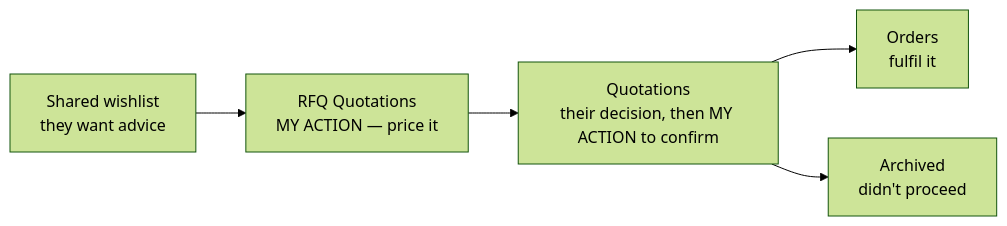
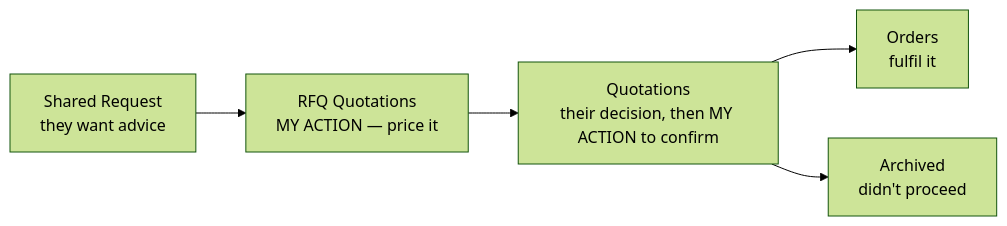
The fourth of 4 diagrams in docs/b2b_ecommerce_docs/_user_guide/014-The-Order-Lifecycle.md (LaplaceSoftware/lp_projects_docs), drawn with Mermaid (forest theme) before and after one commit. The commit also changed other lines of this file and 48 other files, not shown here.

````diff
--- a/docs/b2b_ecommerce_docs/_user_guide/014-The-Order-Lifecycle.md
+++ b/docs/b2b_ecommerce_docs/_user_guide/014-The-Order-Lifecycle.md
@@ -175,7 +175,7 @@
 ```mermaid
 flowchart LR
-    SW["Shared wishlist<br/>they want advice"] --> RQ["RFQ Quotations<br/>MY ACTION — price it"]
+    SW["Shared Request<br/>they want advice"] --> RQ["RFQ Quotations<br/>MY ACTION — price it"]
     RQ --> Q["Quotations<br/>their decision, then MY ACTION to confirm"]
     Q --> O["Orders<br/>fulfil it"]
     Q --> A["Archived<br/>didn't proceed"]
 ```
````
